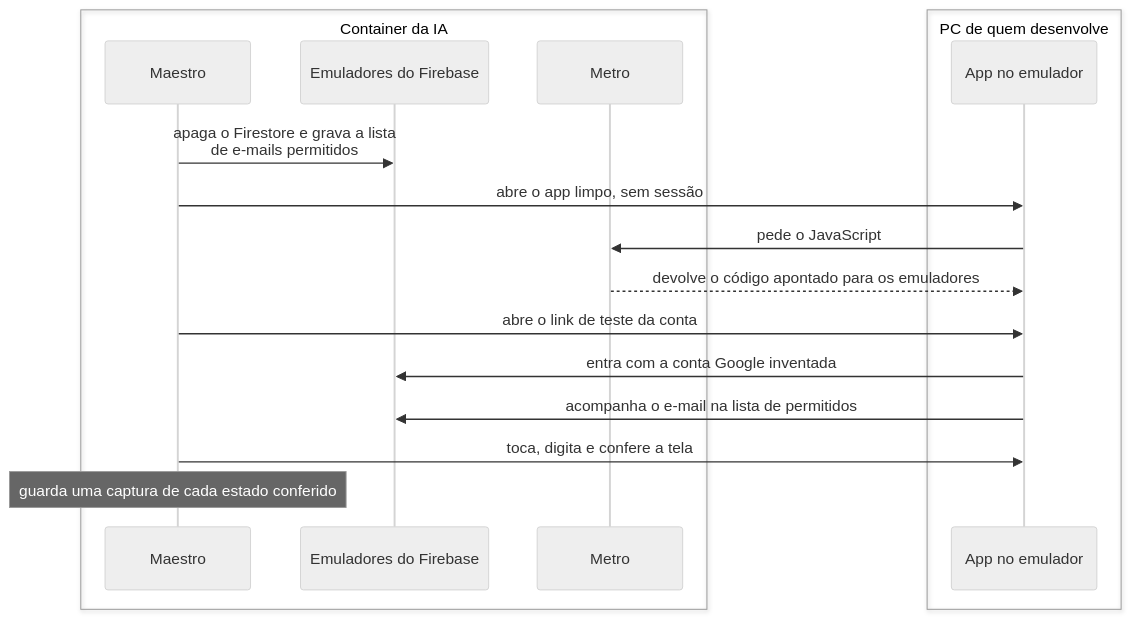
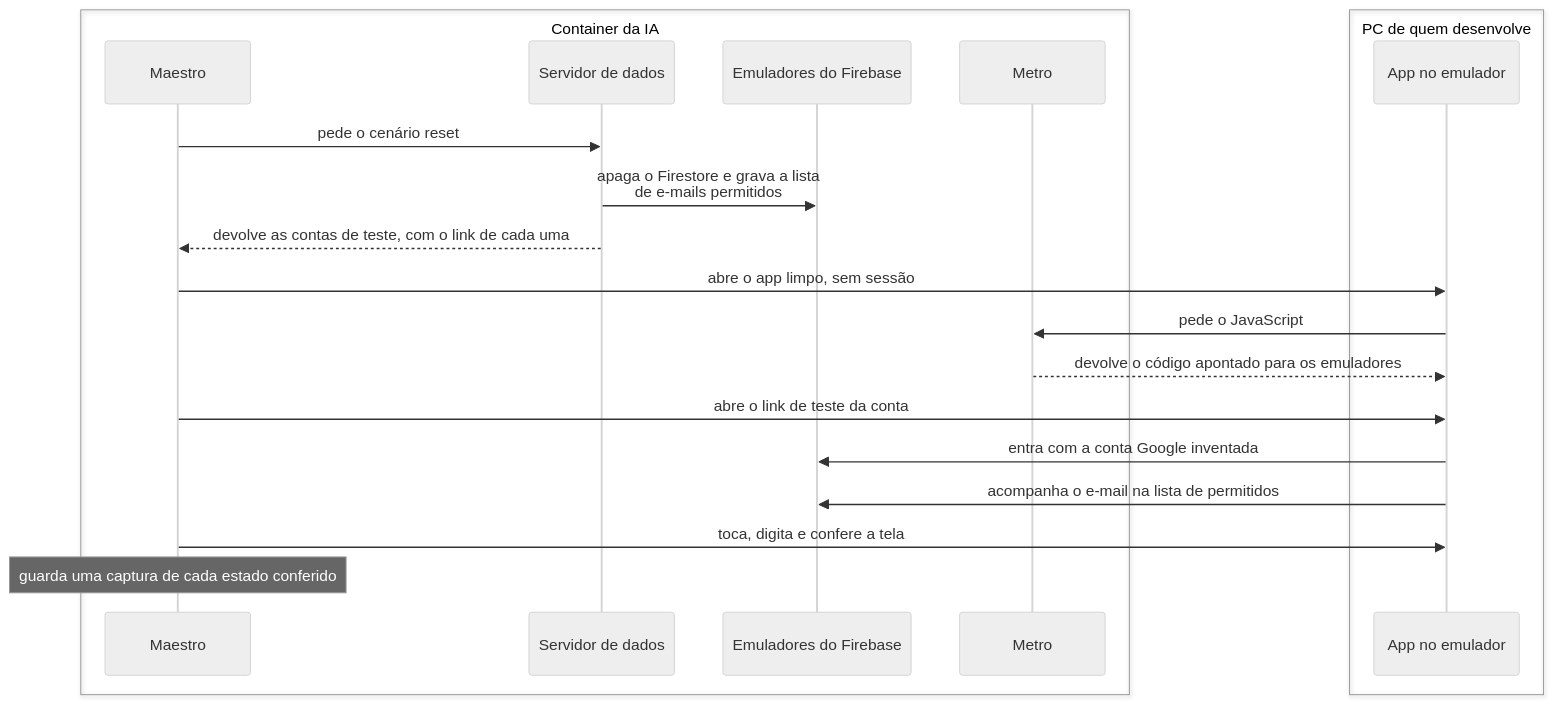
The second of 2 diagrams in docs/05-arquitetura/02-jornadas-de-teste.md (6aleatorio6/livro-caixa), drawn with Mermaid (neutral theme) before and after one commit. The commit also changed other lines of this file and 35 other files, not shown here.

First line of the commit message:
chore: jornadas pela CLI e pelo adb, com os dados num servidor em TypeScript

````diff
--- a/docs/05-arquitetura/02-jornadas-de-teste.md
+++ b/docs/05-arquitetura/02-jornadas-de-teste.md
@@ -72,21 +80,24 @@
 ```mermaid
 sequenceDiagram
   accTitle: Um fluxo das jornadas, do começo ao fim
   box Container da IA
     participant maestro as Maestro
+    participant data as Servidor de dados
     participant firebase as Emuladores do Firebase
     participant metro as Metro
   end
   box PC de quem desenvolve
     participant app as App no emulador
   end
-  maestro->>firebase: wrap: apaga o Firestore e grava a lista de e-mails permitidos
+  maestro->>data: pede o cenário reset
+  data->>firebase: wrap: apaga o Firestore e grava a lista de e-mails permitidos
+  data-->>maestro: devolve as contas de teste, com o link de cada uma
   maestro->>app: abre o app limpo, sem sessão
   app->>metro: pede o JavaScript
   metro-->>app: devolve o código apontado para os emuladores
   maestro->>app: abre o link de teste da conta
   app->>firebase: entra com a conta Google inventada
   app->>firebase: acompanha o e-mail na lista de permitidos
   maestro->>app: toca, digita e confere a tela
   Note over maestro: guarda uma captura de cada estado conferido
 ```
````
